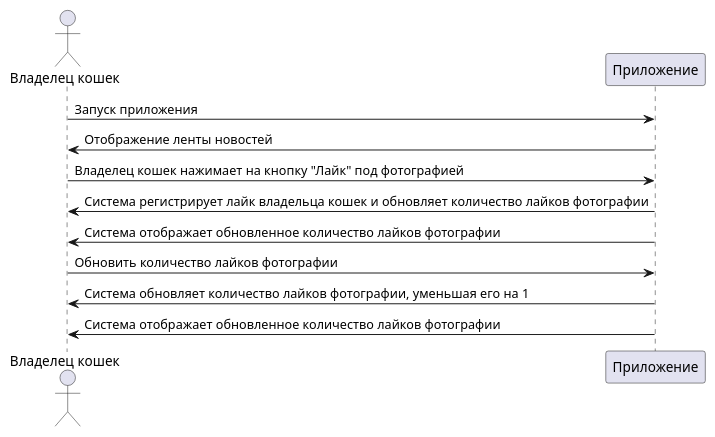
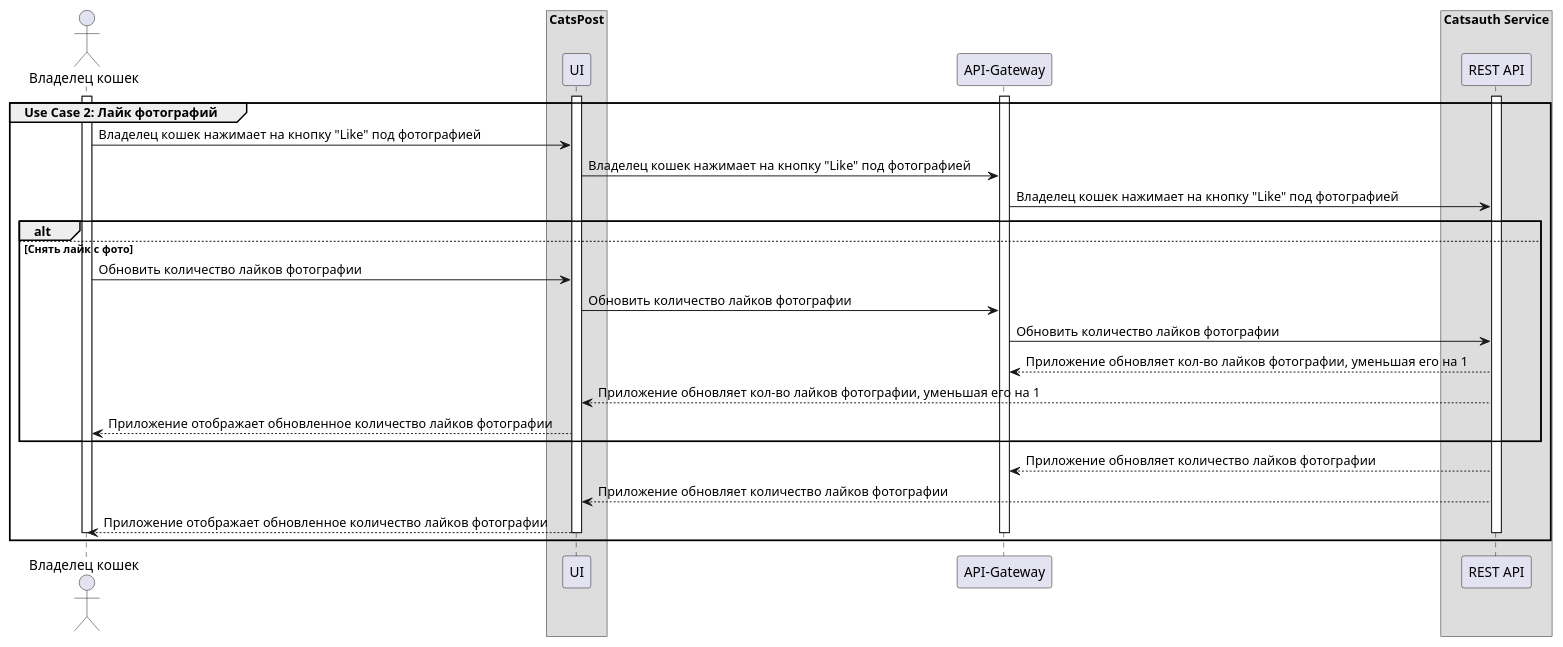
The diagram in src/docs/asciidoc/uml/seq_diaqrams/like.puml (nikitcat/requirements.github.io), drawn with PlantUML before and after one commit. The commit also changed 4 other files, not shown here.

```diff
--- a/src/docs/asciidoc/uml/seq_diaqrams/like.puml
+++ b/src/docs/asciidoc/uml/seq_diaqrams/like.puml
@@ -1,13 +1,38 @@
 @startuml
 actor "Владелец кошек" as User
-participant "Приложение" as App
+box "CatsPost"
+    participant "UI" as UI
+end box
+participant "API-Gateway" as Gateway
+box "Catsauth Service"
+participant "REST API" as REST
+end box
 
-User -> App: Запуск приложения
-App -> User: Отображение ленты новостей
-User -> App: Владелец кошек нажимает на кнопку "Лайк" под фотографией
-App -> User: Система регистрирует лайк владельца кошек и обновляет количество лайков фотографии
-App-> User: Система отображает обновленное количество лайков фотографии
-User-> App: Обновить количество лайков фотографии
-App -> User: Система обновляет количество лайков фотографии, уменьшая его на 1
-App-> User: Система отображает обновленное количество лайков фотографии
+
+
+group Use Case 2: Лайк фотографий
+activate User
+activate UI
+activate Gateway
+activate REST
+User -> UI:Владелец кошек нажимает на кнопку "Like" под фотографией
+UI -> Gateway:Владелец кошек нажимает на кнопку "Like" под фотографией
+Gateway -> REST:Владелец кошек нажимает на кнопку "Like" под фотографией
+alt
+else Снять лайк с фото
+User -> UI:Обновить количество лайков фотографии
+UI -> Gateway:Обновить количество лайков фотографии
+Gateway -> REST:Обновить количество лайков фотографии
+Gateway <-- REST:Приложение обновляет кол-во лайков фотографии, уменьшая его на 1
+UI <-- REST:Приложение обновляет кол-во лайков фотографии, уменьшая его на 1
+User <-- UI:Приложение отображает обновленное количество лайков фотографии
+end
+Gateway <-- REST:Приложение обновляет количество лайков фотографии
+UI <-- REST:Приложение обновляет количество лайков фотографии
+User <-- UI:Приложение отображает обновленное количество лайков фотографии
+deactivate User
+deactivate UI
+deactivate Gateway
+deactivate REST
+end group
 @enduml
```
